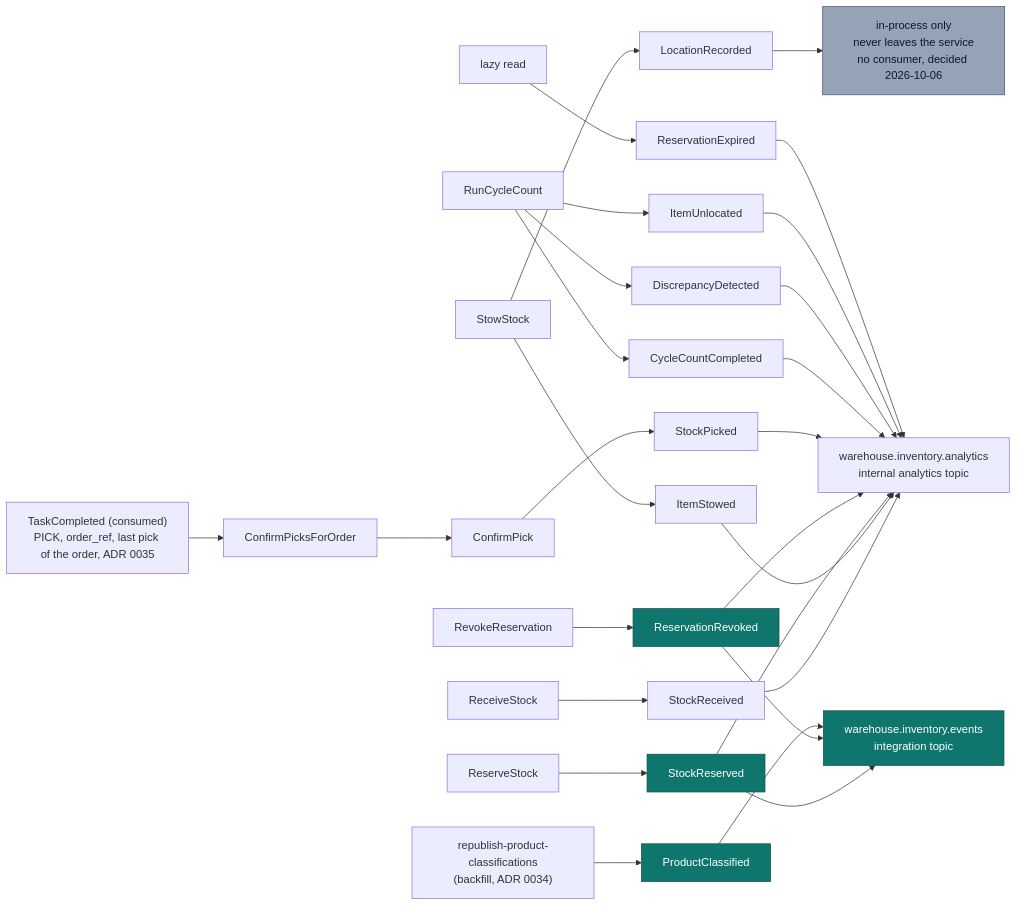
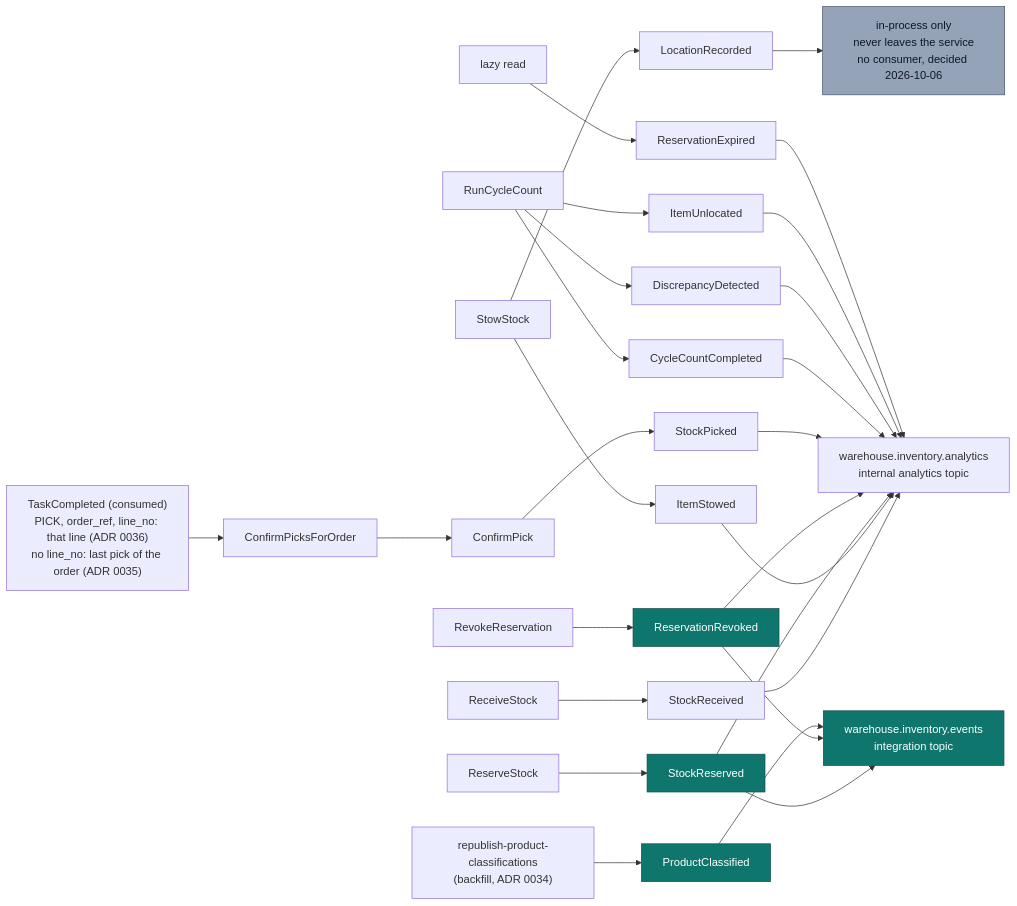
Before and after one commit to IQVO/inventory-storage: the diagram in docs/docs/ddd/domain-events.md, drawn with Mermaid. The commit also changed other lines of this file and 44 other files, not shown here.

First line of the commit message:
feat: reservations store line_no; confirm picks per line (decision 18) (#158)

````diff
--- a/docs/docs/ddd/domain-events.md
+++ b/docs/docs/ddd/domain-events.md
@@ -44,24 +44,24 @@
 ```mermaid
 flowchart LR
   RS["ReceiveStock"] --> E1["StockReceived"]
   SS["StowStock"] --> E2["ItemStowed"]
   SS --> E3["LocationRecorded"]
   RES["ReserveStock"] --> E4["StockReserved"]
   REV["RevokeReservation"] --> E5["ReservationRevoked"]
   CP["ConfirmPick"] --> E6["StockPicked"]
-  TC["TaskCompleted (consumed)<br/>PICK, order_ref, last pick of the order, ADR 0035"] --> CPO["ConfirmPicksForOrder"] --> CP
+  TC["TaskCompleted (consumed)<br/>PICK, order_ref, line_no: that line (ADR 0036)<br/>no line_no: last pick of the order (ADR 0035)"] --> CPO["ConfirmPicksForOrder"] --> CP
   CC["RunCycleCount"] --> E7["CycleCountCompleted"]
   CC --> E8["DiscrepancyDetected"]
   CC --> E9["ItemUnlocated"]
   EXP["lazy read"] --> E10["ReservationExpired"]
   BF["republish-product-classifications<br/>(backfill, ADR 0034)"] --> E11["ProductClassified"]
 
   E4 & E5 & E11 --> KAF["warehouse.inventory.events<br/>integration topic"]
   E1 & E2 & E4 & E5 & E6 & E7 & E8 & E9 & E10 --> ANA["warehouse.inventory.analytics<br/>internal analytics topic"]
   E3 --> LOG["in-process only<br/>never leaves the service<br/>no consumer, decided 2026-10-06"]
 
   classDef wired fill:#0f766e,stroke:#134e4a,color:#fff;
   classDef local fill:#94a3b8,stroke:#475569,color:#0f172a;
   class E4,E5,E11,KAF wired;
   class LOG local;
 ```
````
